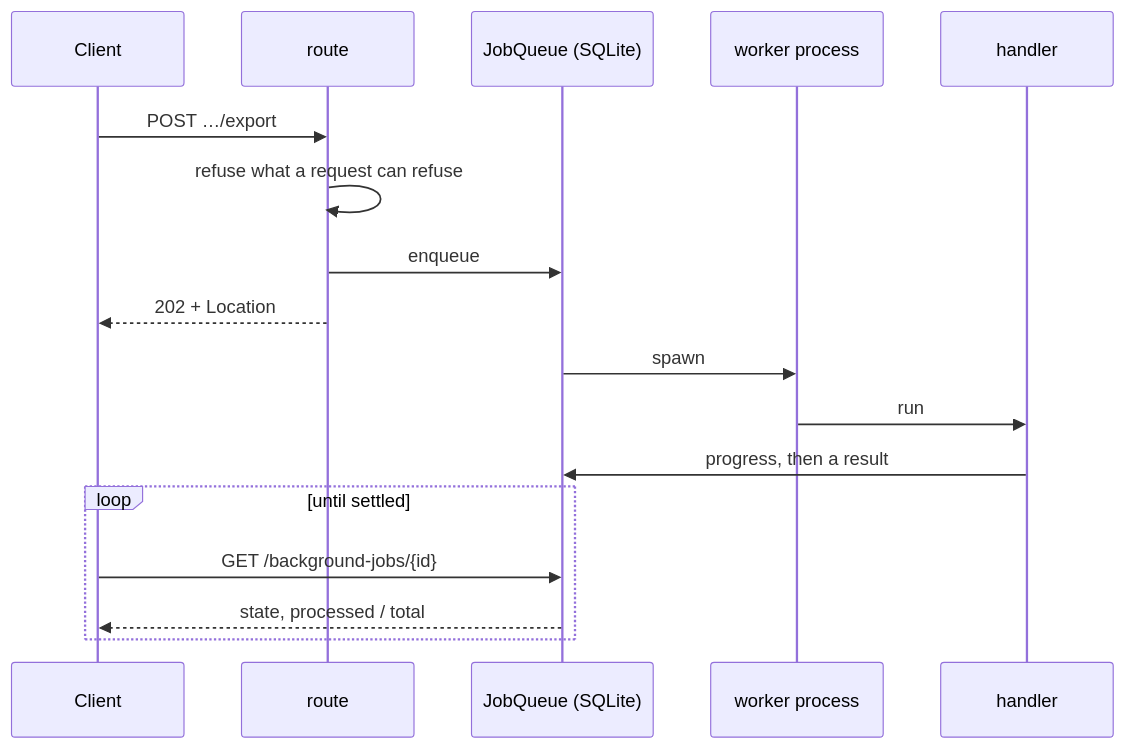
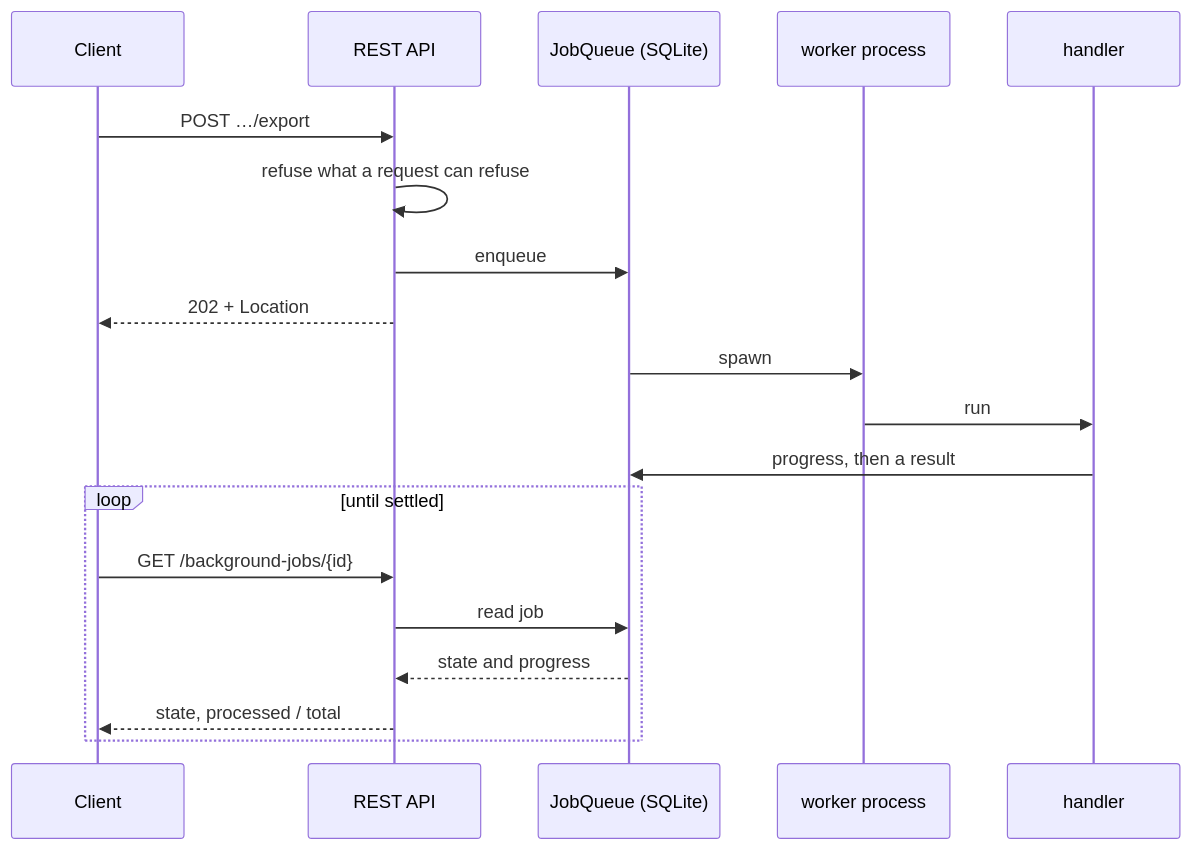
The diagram in docs/content/architecture/backend/jobs.md (Robomous/VisionSet), drawn with Mermaid before and after one commit. The commit also changed other lines of this file and 49 other files, not shown here.

````diff
--- a/docs/content/architecture/backend/jobs.md
+++ b/docs/content/architecture/backend/jobs.md
@@ -9,20 +10,22 @@
 ```mermaid
 sequenceDiagram
     participant C as Client
-    participant R as route
+    participant R as REST API
     participant Q as JobQueue (SQLite)
     participant W as worker process
     participant H as handler
 
     C->>R: POST …/export
     R->>R: refuse what a request can refuse
     R->>Q: enqueue
     R-->>C: 202 + Location
     Q->>W: spawn
     W->>H: run
     H->>Q: progress, then a result
     loop until settled
-        C->>Q: GET /background-jobs/{id}
-        Q-->>C: state, processed / total
+        C->>R: GET /background-jobs/{id}
+        R->>Q: read job
+        Q-->>R: state and progress
+        R-->>C: state, processed / total
     end
 ```
````
